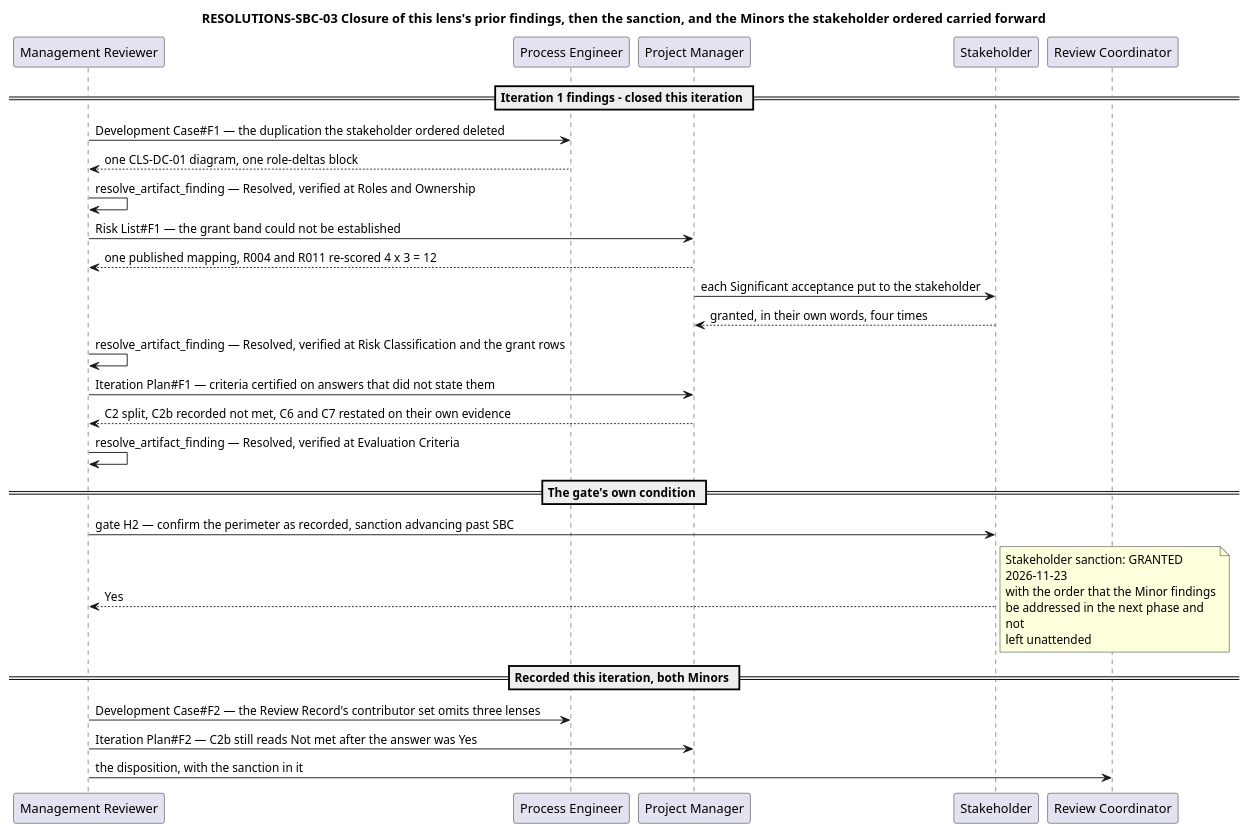
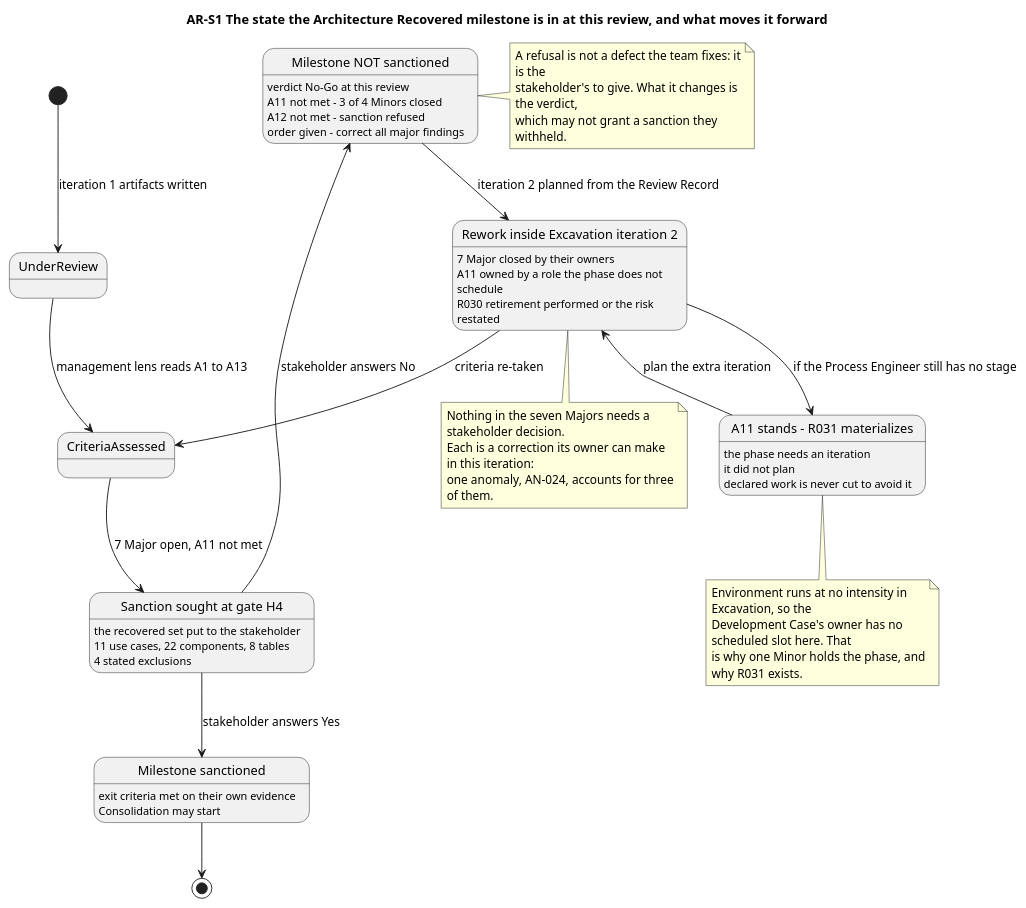
One commit to banense-test/TodoApp changed the tenth of 15 diagrams in docs/artifacts/project-management/review-record.md. Above: the diagram before and after it, drawn with PlantUML. The commit also changed other lines of this file, not shown here.

Commit message:
Management Reviewer [Excavation1]: upsert Review Record
[skip ci]

````diff
--- a/docs/artifacts/project-management/review-record.md
+++ b/docs/artifacts/project-management/review-record.md
@@ -908,46 +932,72 @@
 ```plantuml
 @startuml
-title RESOLUTIONS-SBC-03 Closure of this lens's prior findings, then the sanction, and the Minors the stakeholder ordered carried forward
+title AR-S1 The state the Architecture Recovered milestone is in at this review, and what moves it forward
 
 skinparam shadowing false
-skinparam sequenceMessageAlign left
-skinparam wrapWidth 240
+skinparam wrapWidth 250
 
-participant "Management Reviewer" as MR
-participant "Process Engineer" as PE
-participant "Project Manager" as PM
-participant "Stakeholder" as SH
-participant "Review Coordinator" as RC
+[*] --> UnderReview : iteration 1 artifacts written
+UnderReview --> CriteriaAssessed : management lens reads A1 to A13
+CriteriaAssessed --> SanctionSought : 7 Major open, A11 not met
 
-== Iteration 1 findings - closed this iteration ==
-MR -> PE : Development Case#F1 — the duplication the stakeholder ordered deleted
-PE --> MR : one CLS-DC-01 diagram, one role-deltas block
-MR -> MR : resolve_artifact_finding — Resolved, verified at Roles and Ownership
+state "Sanction sought at gate H4" as SanctionSought {
+  SanctionSought : the recovered set put to the stakeholder
+  SanctionSought : 11 use cases, 22 components, 8 tables
+  SanctionSought : 4 stated exclusions
+}
 
-MR -> PM : Risk List#F1 — the grant band could not be established
-PM --> MR : one published mapping, R004 and R011 re-scored 4 x 3 = 12
-PM -> SH : each Significant acceptance put to the stakeholder
-SH --> PM : granted, in their own words, four times
-MR -> MR : resolve_artifact_finding — Resolved, verified at Risk Classification and the grant rows
+SanctionSought --> Refused : stakeholder answers No
+SanctionSought --> Sanctioned : stakeholder answers Yes
 
-MR -> PM : Iteration Plan#F1 — criteria certified on answers that did not state them
-PM --> MR : C2 split, C2b recorded not met, C6 and C7 restated on their own evidence
-MR -> MR : resolve_artifact_finding — Resolved, verified at Evaluation Criteria
+state "Milestone NOT sanctioned" as Refused {
+  Refused : verdict No-Go at this review
+  Refused : A11 not met - 3 of 4 Minors closed
+  Refused : A12 not met - sanction refused
+  Refused : order given - correct all major findings
+}
 
-== The gate's own condition ==
-MR -> SH : gate H2 — confirm the perimeter as recorded, sanction advancing past SBC
-SH --> MR : Yes
-note right
-  Stakeholder sanction: GRANTED
-  2026-11-23
-  with the order that the Minor findings
-  be addressed in the next phase and not
-  left unattended
+state "Rework inside Excavation iteration 2" as Rework {
+  Rework : 7 Major closed by their owners
+  Rework : A11 owned by a role the phase does not schedule
+  Rework : R030 retirement performed or the risk restated
+}
+
+Refused --> Rework : iteration 2 planned from the Review Record
+Rework --> CriteriaAssessed : criteria re-taken
+Rework --> PlanA11 : if the Process Engineer still has no stage
+
+state "A11 stands - R031 materializes" as PlanA11 {
+  PlanA11 : the phase needs an iteration
+  PlanA11 : it did not plan
+  PlanA11 : declared work is never cut to avoid it
+}
+
+PlanA11 --> Rework : plan the extra iteration
+
+state "Milestone sanctioned" as Sanctioned {
+  Sanctioned : exit criteria met on their own evidence
+  Sanctioned : Consolidation may start
+}
+
+Sanctioned --> [*]
+
+note right of Refused
+  A refusal is not a defect the team fixes: it is the
+  stakeholder's to give. What it changes is the verdict,
+  which may not grant a sanction they withheld.
 end note
 
-== Recorded this iteration, both Minors ==
-MR -> PE : Development Case#F2 — the Review Record's contributor set omits three lenses
-MR -> PM : Iteration Plan#F2 — C2b still reads Not met after the answer was Yes
-MR -> RC : the disposition, with the sanction in it
+note bottom of Rework
+  Nothing in the seven Majors needs a stakeholder decision.
+  Each is a correction its owner can make in this iteration:
+  one anomaly, AN-024, accounts for three of them.
+end note
+
+note bottom of PlanA11
+  Environment runs at no intensity in Excavation, so the
+  Development Case's owner has no scheduled slot here. That
+  is why one Minor holds the phase, and why R031 exists.
+end note
+
 @enduml
 ```
````
